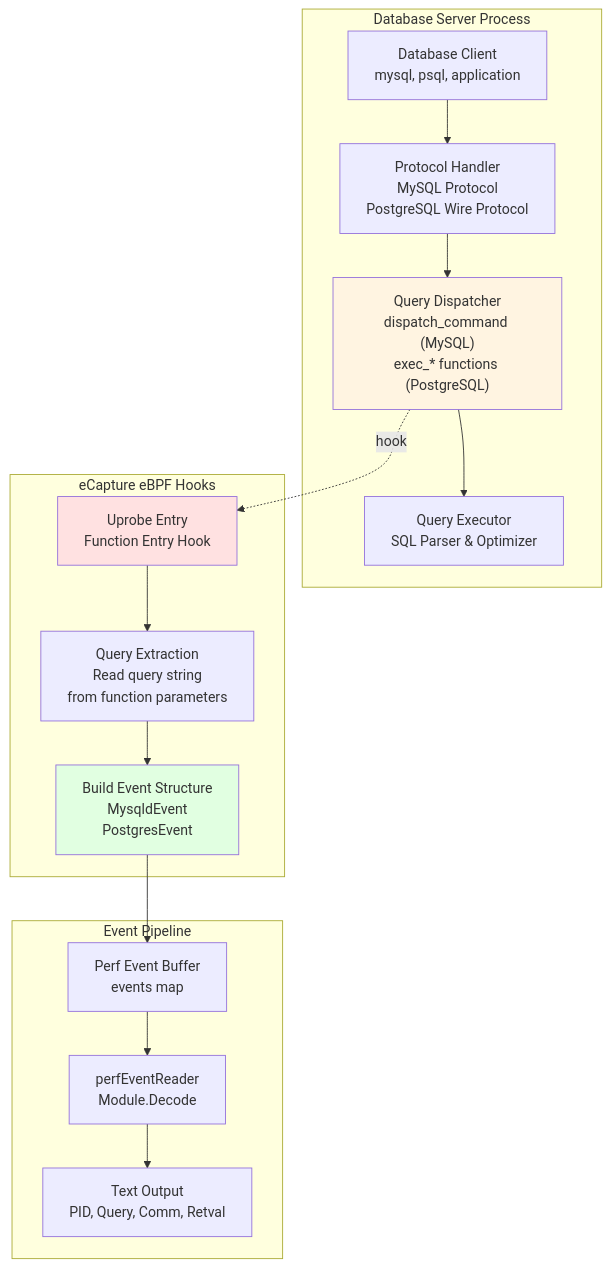
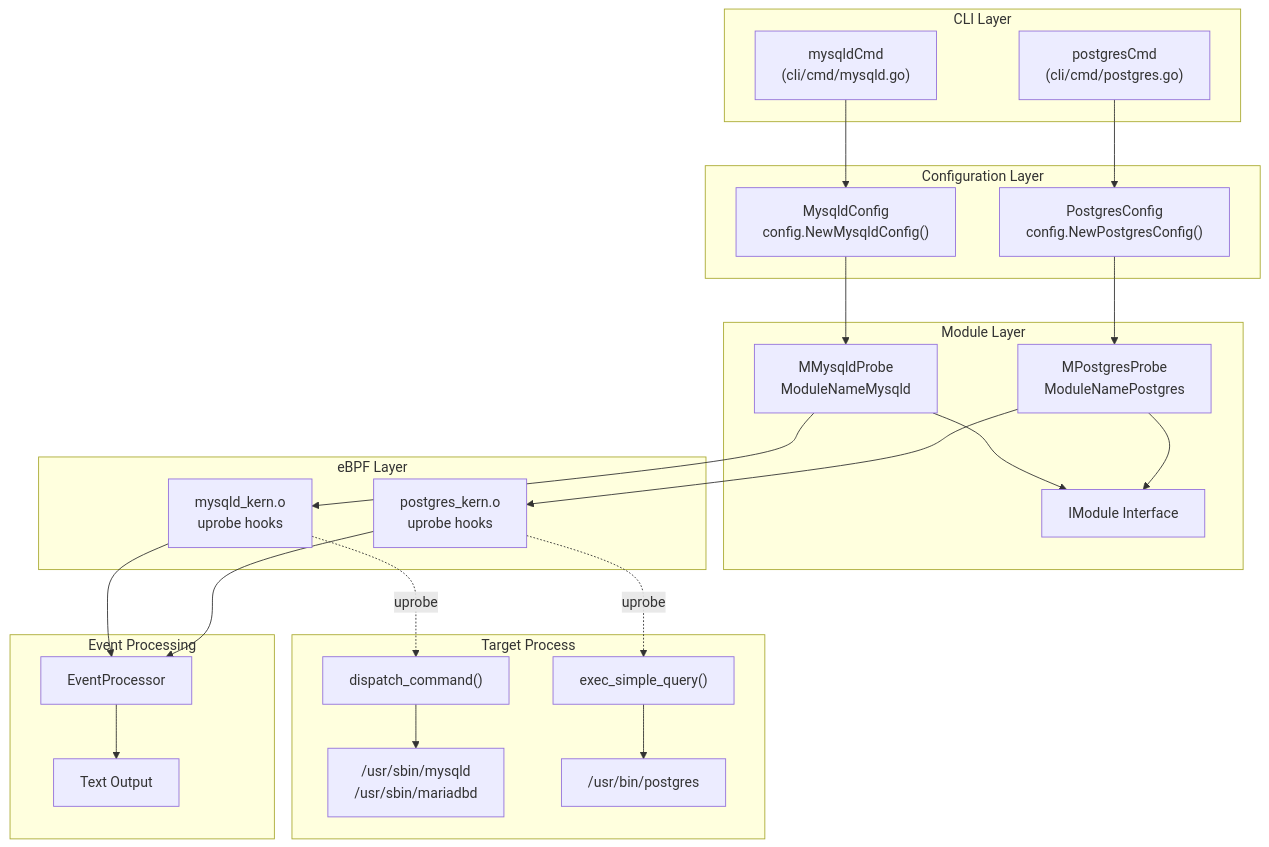
Before and after one commit to gojue/ecapture.cc: the first of 4 diagrams in src/en/3-capture-modules/3.2.2-database-query-auditing.md, drawn with Mermaid. The commit also changed other lines of this file and 115 other files, not shown here.

````diff
--- a/src/en/3-capture-modules/3.2.2-database-query-auditing.md
+++ b/src/en/3-capture-modules/3.2.2-database-query-auditing.md
@@ -40,37 +57,58 @@
 ```mermaid
 graph TB
-    subgraph "Database Server Process"
-        Client["Database Client<br/>mysql, psql, application"]
-        Protocol["Protocol Handler<br/>MySQL Protocol<br/>PostgreSQL Wire Protocol"]
-        Dispatcher["Query Dispatcher<br/>dispatch_command (MySQL)<br/>exec_* functions (PostgreSQL)"]
-        Executor["Query Executor<br/>SQL Parser & Optimizer"]
+    subgraph "CLI Layer"
+        MYSQLD_CMD["mysqldCmd<br/>(cli/cmd/mysqld.go)"]
+        POSTGRES_CMD["postgresCmd<br/>(cli/cmd/postgres.go)"]
     end
     
-    subgraph "eCapture eBPF Hooks"
-        UprobeEntry["Uprobe Entry<br/>Function Entry Hook"]
-        ExtractQuery["Query Extraction<br/>Read query string<br/>from function parameters"]
-        BuildEvent["Build Event Structure<br/>MysqldEvent<br/>PostgresEvent"]
+    subgraph "Configuration Layer"
+        MYSQLD_CFG["MysqldConfig<br/>config.NewMysqldConfig()"]
+        POSTGRES_CFG["PostgresConfig<br/>config.NewPostgresConfig()"]
     end
     
-    subgraph "Event Pipeline"
-        PerfBuffer["Perf Event Buffer<br/>events map"]
-        EventReader["perfEventReader<br/>Module.Decode"]
-        Display["Text Output<br/>PID, Query, Comm, Retval"]
+    subgraph "Module Layer"
+        MYSQLD_MOD["MMysqldProbe<br/>ModuleNameMysqld"]
+        POSTGRES_MOD["MPostgresProbe<br/>ModuleNamePostgres"]
+        IMODULE["IModule Interface"]
     end
     
-    Client --> Protocol
-    Protocol --> Dispatcher
-    Dispatcher --> Executor
+    subgraph "eBPF Layer"
+        MYSQLD_BPF["mysqld_kern.o<br/>uprobe hooks"]
+        POSTGRES_BPF["postgres_kern.o<br/>uprobe hooks"]
+    end
     
-    Dispatcher -.hook.-> UprobeEntry
-    UprobeEntry --> ExtractQuery
-    ExtractQuery --> BuildEvent
-    BuildEvent --> PerfBuffer
+    subgraph "Target Process"
+        MYSQLD_BIN["/usr/sbin/mysqld<br/>/usr/sbin/mariadbd"]
+        POSTGRES_BIN["/usr/bin/postgres"]
+        DISPATCH["dispatch_command()"]
+        EXEC_QUERY["exec_simple_query()"]
+    end
     
-    PerfBuffer --> EventReader
-    EventReader --> Display
+    subgraph "Event Processing"
+        EVENT_PROC["EventProcessor"]
+        OUTPUT["Text Output"]
+    end
     
-    style Dispatcher fill:#fff4e1
-    style UprobeEntry fill:#ffe1e1
-    style BuildEvent fill:#e1ffe1
+    MYSQLD_CMD --> MYSQLD_CFG
+    POSTGRES_CMD --> POSTGRES_CFG
+    
+    MYSQLD_CFG --> MYSQLD_MOD
+    POSTGRES_CFG --> POSTGRES_MOD
+    
+    MYSQLD_MOD --> IMODULE
+    POSTGRES_MOD --> IMODULE
+    
+    MYSQLD_MOD --> MYSQLD_BPF
+    POSTGRES_MOD --> POSTGRES_BPF
+    
+    MYSQLD_BPF -.uprobe.-> DISPATCH
+    POSTGRES_BPF -.uprobe.-> EXEC_QUERY
+    
+    DISPATCH --> MYSQLD_BIN
+    EXEC_QUERY --> POSTGRES_BIN
+    
+    MYSQLD_BPF --> EVENT_PROC
+    POSTGRES_BPF --> EVENT_PROC
+    
+    EVENT_PROC --> OUTPUT
 ```
````
